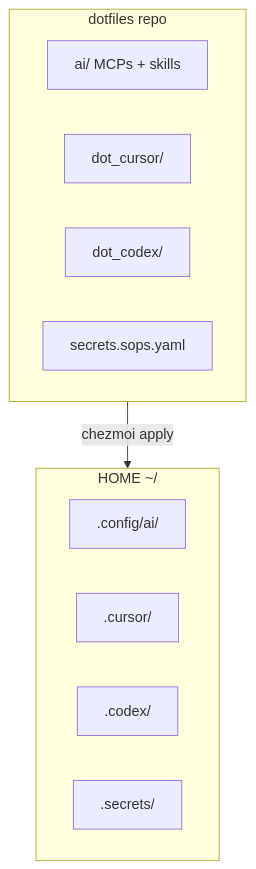
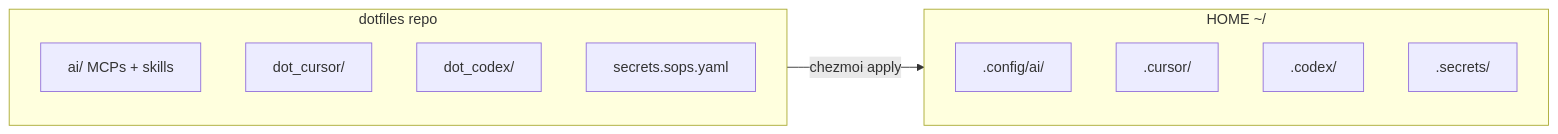
The diagram in README.md (jesuserro/dotfiles), drawn with Mermaid before and after one commit.

Commit message:
docs(readme): update flowchart direction in README.md
- Changed the flowchart direction from TB (top-bottom) to LR (left-right) for improved visual clarity.
- This adjustment enhances the representation of the project's architecture in the documentation.

````diff
--- a/README.md
+++ b/README.md
@@ -17,18 +17,18 @@
 ```mermaid
-flowchart TB
+flowchart LR
     subgraph repo [dotfiles repo]
         ai[ai/ MCPs + skills]
         cursor[dot_cursor/]
         codex[dot_codex/]
         secrets[secrets.sops.yaml]
     end
 
     subgraph home [HOME ~/]
         config_ai[.config/ai/]
         dot_cursor[.cursor/]
         dot_codex[.codex/]
         dot_secrets[.secrets/]
     end
 
     repo -->|chezmoi apply| home
 ```
````
